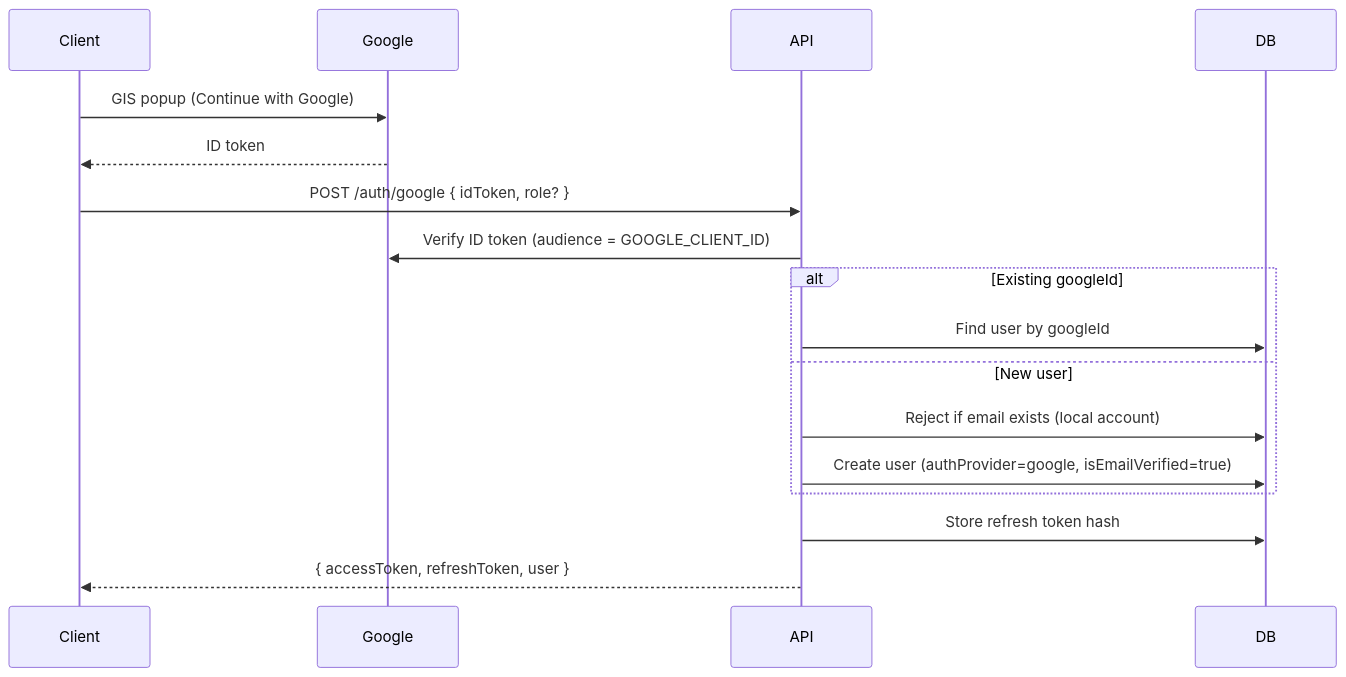
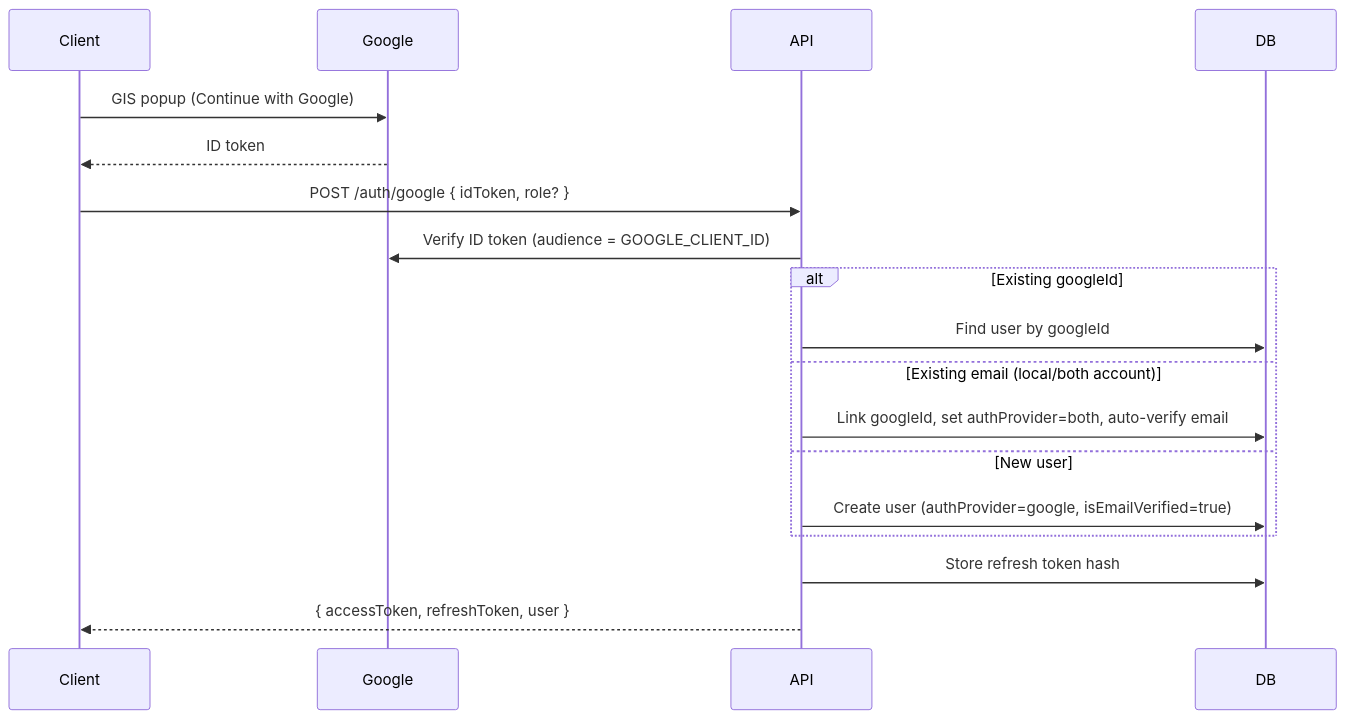
One commit to spity7/buytly changed the fourth of 6 diagrams in server/docs/auth-flow.md. Above: the diagram before and after it, drawn with Mermaid. The commit also changed other lines of this file and 91 other files, not shown here.

````diff
--- a/server/docs/auth-flow.md
+++ b/server/docs/auth-flow.md
@@ -87,20 +91,21 @@
 ```mermaid
 sequenceDiagram
   participant Client
   participant Google
   participant API
   participant DB
 
   Client->>Google: GIS popup (Continue with Google)
   Google-->>Client: ID token
   Client->>API: POST /auth/google { idToken, role? }
   API->>Google: Verify ID token (audience = GOOGLE_CLIENT_ID)
   alt Existing googleId
     API->>DB: Find user by googleId
+  else Existing email (local/both account)
+    API->>DB: Link googleId, set authProvider=both, auto-verify email
   else New user
-    API->>DB: Reject if email exists (local account)
     API->>DB: Create user (authProvider=google, isEmailVerified=true)
   end
   API->>DB: Store refresh token hash
   API-->>Client: { accessToken, refreshToken, user }
 ```
````
